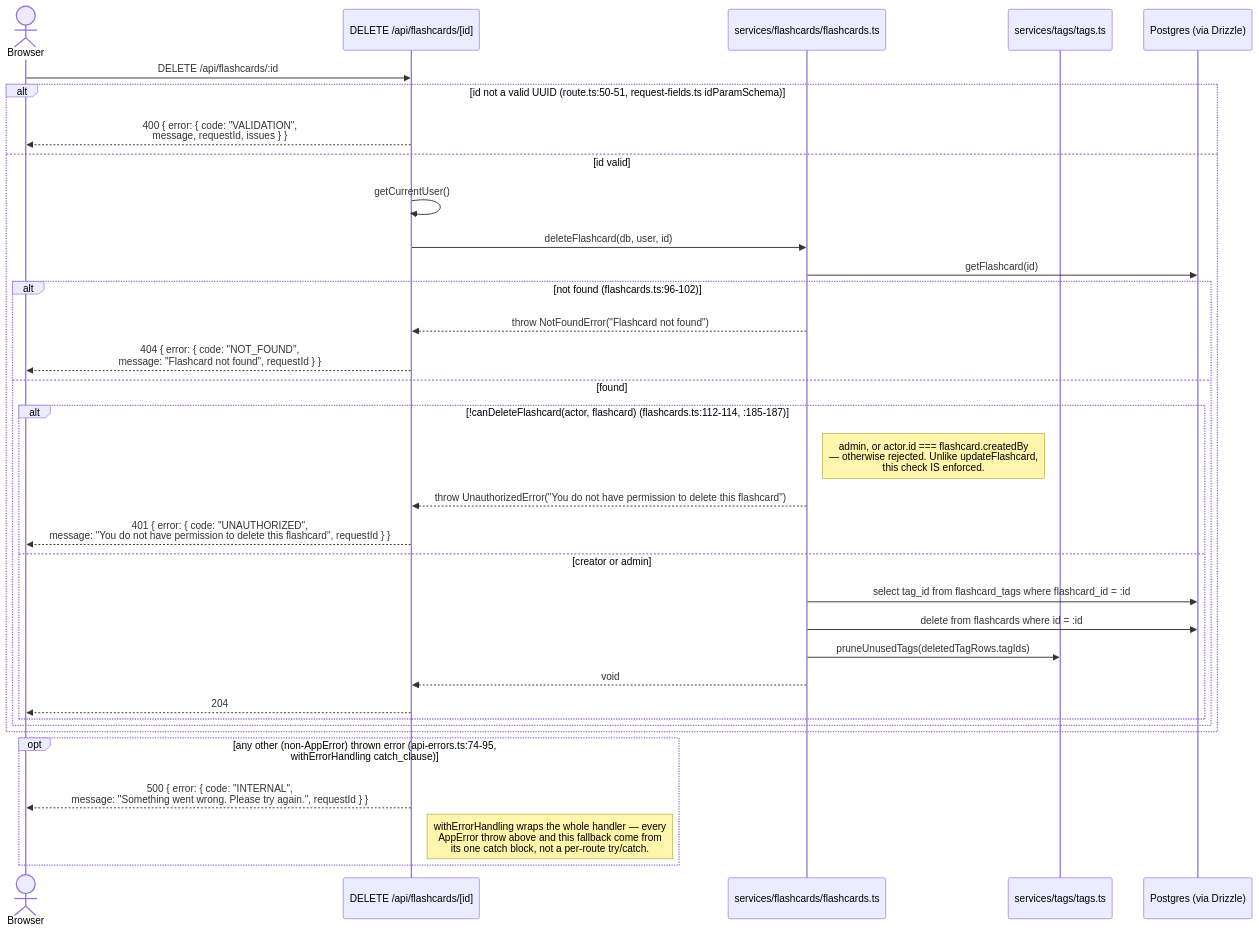
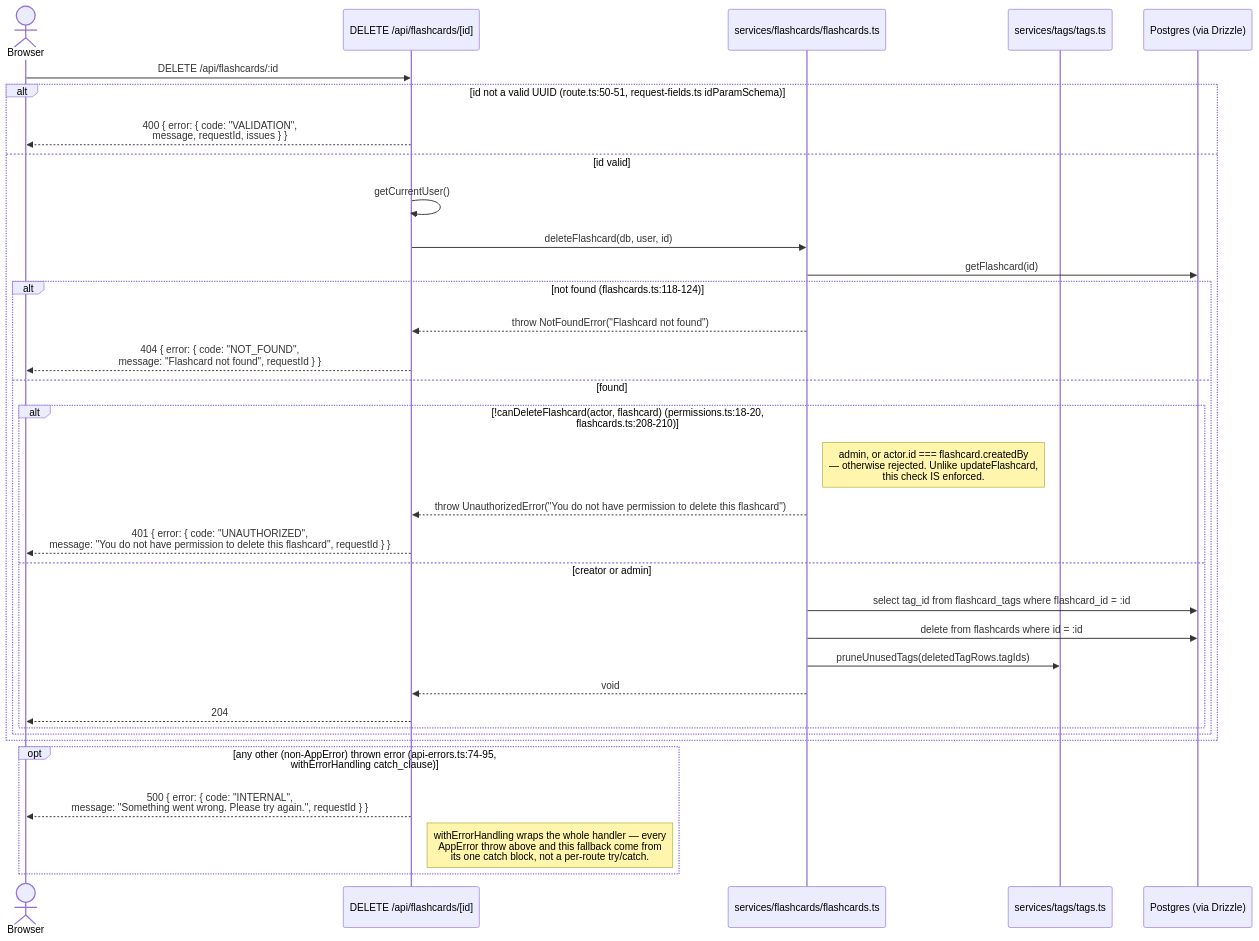
One commit to sgspinola/pensieve changed the third of 3 diagrams in docs/flows/flashcard-lifecycle.md. Above: the diagram before and after it, drawn with Mermaid. The commit also changed other lines of this file and 43 other files, not shown here.

````diff
--- a/docs/flows/flashcard-lifecycle.md
+++ b/docs/flows/flashcard-lifecycle.md
@@ -149,38 +150,38 @@
 ```mermaid
 sequenceDiagram
     actor Browser
     participant Route as DELETE /api/flashcards/[id]
     participant Svc as services/flashcards/flashcards.ts
     participant TagsSvc as services/tags/tags.ts
     participant DB as Postgres (via Drizzle)
 
     Browser->>Route: DELETE /api/flashcards/:id
     alt id not a valid UUID (route.ts:50-51, request-fields.ts idParamSchema)
         Route-->>Browser: 400 { error: { code: "VALIDATION",<br/>message, requestId, issues } }
     else id valid
         Route->>Route: getCurrentUser()
         Route->>Svc: deleteFlashcard(db, user, id)
         Svc->>DB: getFlashcard(id)
-        alt not found (flashcards.ts:96-102)
+        alt not found (flashcards.ts:118-124)
             Svc-->>Route: throw NotFoundError("Flashcard not found")
             Route-->>Browser: 404 { error: { code: "NOT_FOUND",<br/>message: "Flashcard not found", requestId } }
         else found
-            alt !canDeleteFlashcard(actor, flashcard) (flashcards.ts:112-114, :185-187)
+            alt !canDeleteFlashcard(actor, flashcard) (permissions.ts:18-20, flashcards.ts:208-210)
                 Note right of Svc: admin, or actor.id === flashcard.createdBy<br/>— otherwise rejected. Unlike updateFlashcard,<br/>this check IS enforced.
                 Svc-->>Route: throw UnauthorizedError("You do not have permission to delete this flashcard")
                 Route-->>Browser: 401 { error: { code: "UNAUTHORIZED",<br/>message: "You do not have permission to delete this flashcard", requestId } }
             else creator or admin
                 Svc->>DB: select tag_id from flashcard_tags where flashcard_id = :id
                 Svc->>DB: delete from flashcards where id = :id
                 Svc->>TagsSvc: pruneUnusedTags(deletedTagRows.tagIds)
                 Svc-->>Route: void
                 Route-->>Browser: 204
             end
         end
     end
 
     opt any other (non-AppError) thrown error (api-errors.ts:74-95, withErrorHandling catch_clause)
         Route-->>Browser: 500 { error: { code: "INTERNAL",<br/>message: "Something went wrong. Please try again.", requestId } }
         Note right of Route: withErrorHandling wraps the whole handler — every<br/>AppError throw above and this fallback come from<br/>its one catch block, not a per-route try/catch.
     end
 ```
````
